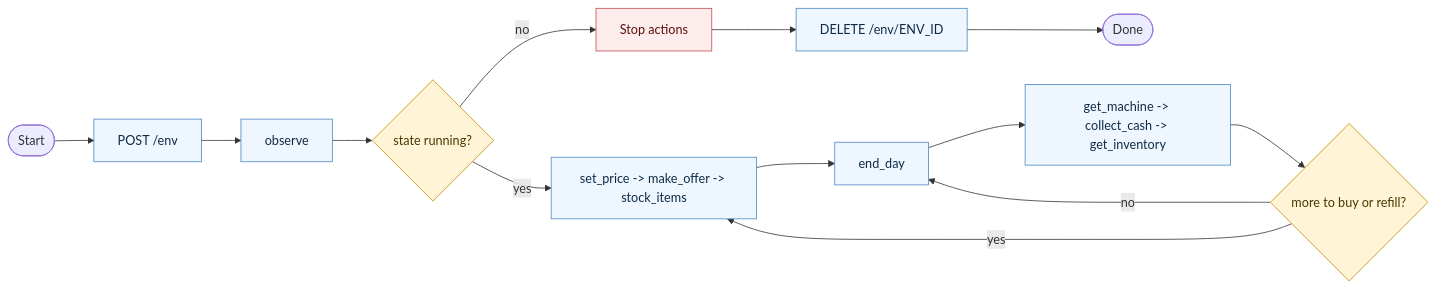
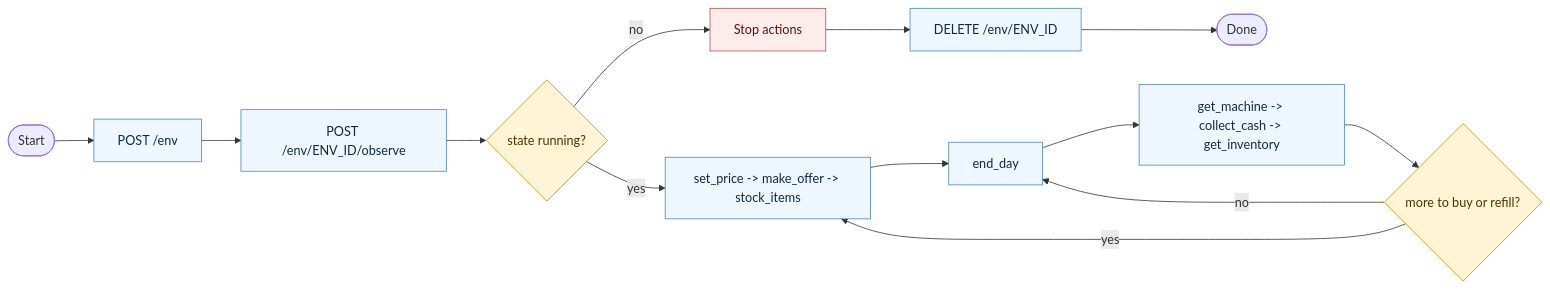
The diagram in .pi/skills/vending-machine/SKILL.md (adriankhy93/VendingBenchSimplified), drawn with Mermaid before and after one commit. The commit also changed other lines of this file and 20 other files, not shown here.

````diff
--- a/.pi/skills/vending-machine/SKILL.md
+++ b/.pi/skills/vending-machine/SKILL.md
@@ -42,22 +42,22 @@
 ```mermaid
 flowchart LR
   Start([Start]) --> Create[POST /env]
-  Create --> Observe[observe]
+  Create --> Observe[POST /env/ENV_ID/observe]
   Observe --> Running{state running?}
   Running -- no --> Stop[Stop actions]
   Running -- yes --> Init[set_price -> make_offer -> stock_items]
   Init --> EndDay[end_day]
   EndDay --> Midnight[get_machine -> collect_cash -> get_inventory]
   Midnight --> Refill{more to buy or refill?}
   Refill -- yes --> Init
   Refill -- no --> EndDay
   Stop --> Delete[DELETE /env/ENV_ID]
   Delete --> End([Done])
 
   classDef action fill:#eef7ff,stroke:#4a86c5,stroke-width:1px,color:#102a43;
   classDef decision fill:#fff4d6,stroke:#c58f00,stroke-width:1px,color:#4a3500;
   classDef stop fill:#fdecec,stroke:#c54a4a,stroke-width:1px,color:#5a1010;
   class Create,Observe,Init,EndDay,Midnight,Delete action;
   class Running,Refill decision;
   class Stop stop;
 ```
````
